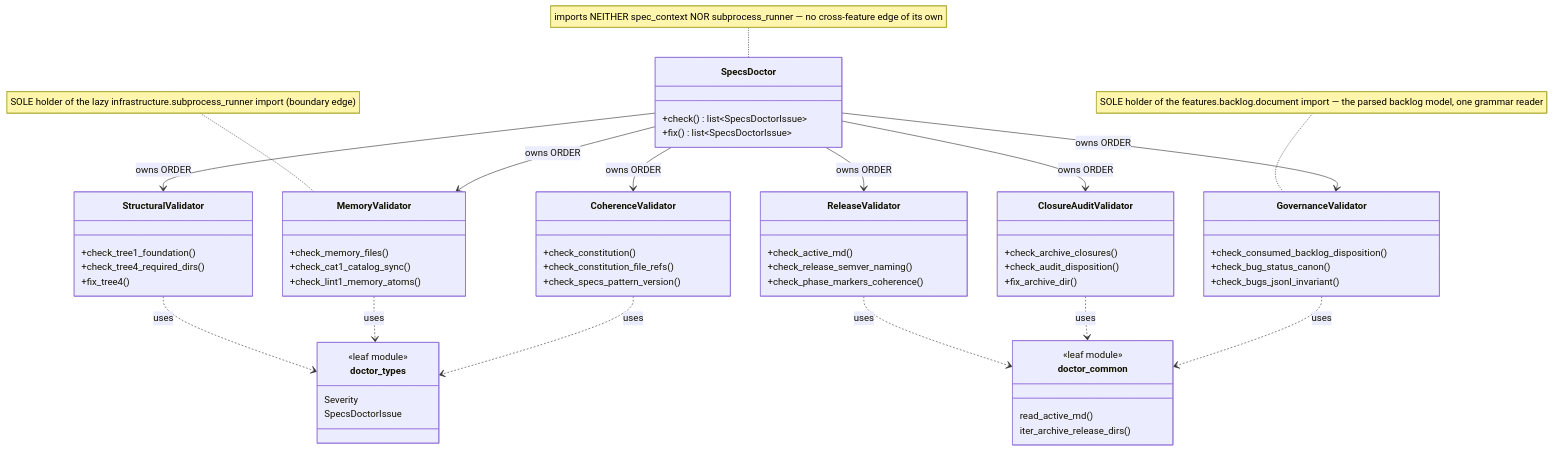
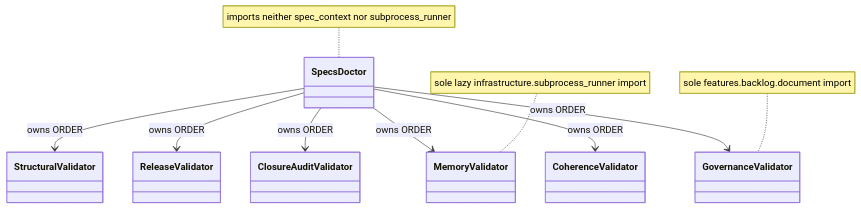
The first of 3 diagrams in specs/memory/ARCHITECTURE.md (marcoaureliomenezes/dadaia-workspace), drawn with Mermaid before and after one commit. The commit also changed other lines of this file and 27 other files, not shown here.

Commit message:
docs(memory): final current-truth cut — 299,426 → 90715 chars (−70%); catalog/index regenerated

````diff
--- a/specs/memory/ARCHITECTURE.md
+++ b/specs/memory/ARCHITECTURE.md
@@ -165,64 +101,19 @@
 ```mermaid
 classDiagram
-    class SpecsDoctor {
-        +check() list~SpecsDoctorIssue~
-        +fix() list~SpecsDoctorIssue~
-    }
-    class StructuralValidator {
-        +check_tree1_foundation()
-        +check_tree4_required_dirs()
-        +fix_tree4()
-    }
-    class MemoryValidator {
-        +check_memory_files()
-        +check_cat1_catalog_sync()
-        +check_lint1_memory_atoms()
-    }
-    class ReleaseValidator {
-        +check_active_md()
-        +check_release_semver_naming()
-        +check_phase_markers_coherence()
-    }
-    class ClosureAuditValidator {
-        +check_archive_closures()
-        +check_audit_disposition()
-        +fix_archive_dir()
-    }
-    class GovernanceValidator {
-        +check_consumed_backlog_disposition()
-        +check_bug_status_canon()
-        +check_bugs_jsonl_invariant()
-    }
-    class CoherenceValidator {
-        +check_constitution()
-        +check_constitution_file_refs()
-        +check_specs_pattern_version()
-    }
-    class doctor_types {
-        <<leaf module>>
-        Severity
-        SpecsDoctorIssue
-    }
-    class doctor_common {
-        <<leaf module>>
-        read_active_md()
-        iter_archive_release_dirs()
-    }
-
+    class SpecsDoctor
+    class StructuralValidator
+    class MemoryValidator
+    class ReleaseValidator
+    class ClosureAuditValidator
+    class GovernanceValidator
+    class CoherenceValidator
     SpecsDoctor --> StructuralValidator : owns ORDER
     SpecsDoctor --> MemoryValidator : owns ORDER
     SpecsDoctor --> ReleaseValidator : owns ORDER
     SpecsDoctor --> ClosureAuditValidator : owns ORDER
     SpecsDoctor --> GovernanceValidator : owns ORDER
     SpecsDoctor --> CoherenceValidator : owns ORDER
-    StructuralValidator ..> doctor_types : uses
-    MemoryValidator ..> doctor_types : uses
-    ReleaseValidator ..> doctor_common : uses
-    ClosureAuditValidator ..> doctor_common : uses
-    GovernanceValidator ..> doctor_common : uses
-    CoherenceValidator ..> doctor_types : uses
-
-    note for MemoryValidator "SOLE holder of the lazy infrastructure.subprocess_runner import (boundary edge)"
-    note for GovernanceValidator "SOLE holder of the features.backlog.document import — the parsed backlog model, one grammar reader"
-    note for SpecsDoctor "imports NEITHER spec_context NOR subprocess_runner — no cross-feature edge of its own"
+    note for MemoryValidator "sole lazy infrastructure.subprocess_runner import"
+    note for GovernanceValidator "sole features.backlog.document import"
+    note for SpecsDoctor "imports neither spec_context nor subprocess_runner"
 ```
````
